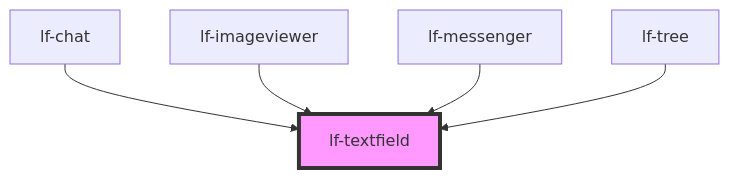
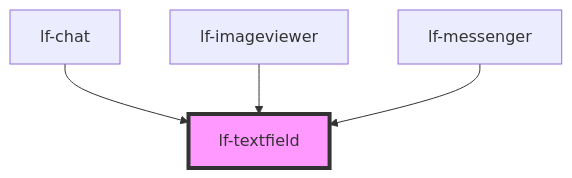
Before and after one commit to lucafoscili/lf-widgets: the diagram in packages/core/src/components/lf-textfield/readme.md, drawn with Mermaid. The commit also changed other lines of this file and 16 other files, not shown here.

````diff
--- a/packages/core/src/components/lf-textfield/readme.md
+++ b/packages/core/src/components/lf-textfield/readme.md
@@ -156,8 +155,7 @@
 ```mermaid
 graph TD;
   lf-chat --> lf-textfield
   lf-imageviewer --> lf-textfield
   lf-messenger --> lf-textfield
-  lf-tree --> lf-textfield
   style lf-textfield fill:#f9f,stroke:#333,stroke-width:4px
 ```
````
